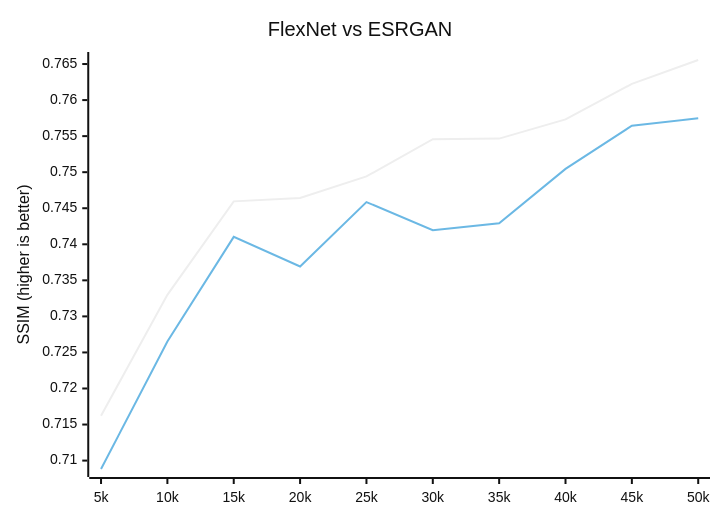
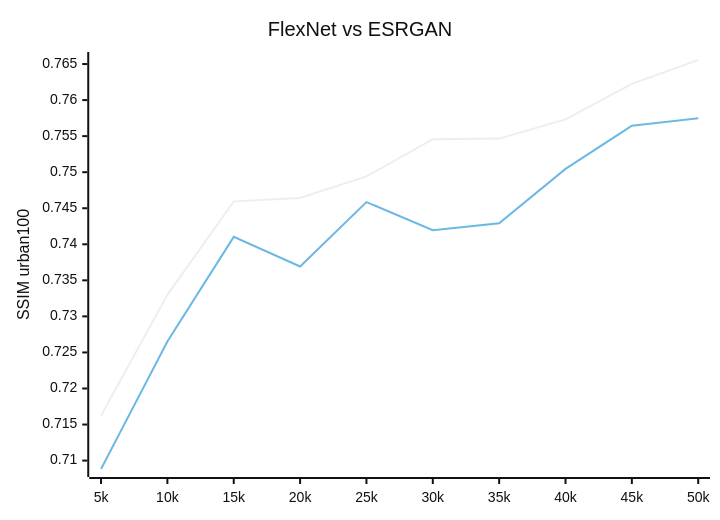
One commit to umzi2/FlexNet changed the diagram in readme_ru.md. Above: the diagram before and after it, drawn with Mermaid (neutral theme).

````diff
--- a/readme_ru.md
+++ b/readme_ru.md
@@ -17,9 +17,9 @@
 ```mermaid
 xychart-beta
     title "FlexNet vs ESRGAN"
     x-axis [5k, 10k, 15k, 20k, 25k, 30k, 35k, 40k, 45k, 50k]
-    y-axis "SSIM (higher is better)"
+    y-axis "SSIM urban100"
     line [0.7162238359451294, 0.7329946756362915, 0.7459537982940674, 0.7464251518249512, 0.7494140863418579, 0.7545749545097351, 0.7546563148498535, 0.757328987121582, 0.7622419595718384, 0.7655595541000366]
     line [0.7088339924812317, 0.7265059351921082, 0.7410317063331604, 0.7369152903556824, 0.7458562850952148, 0.741950511932373, 0.7429166436195374, 0.7504614591598511, 0.7564469575881958, 0.757466197013855]
 
 ```
````
